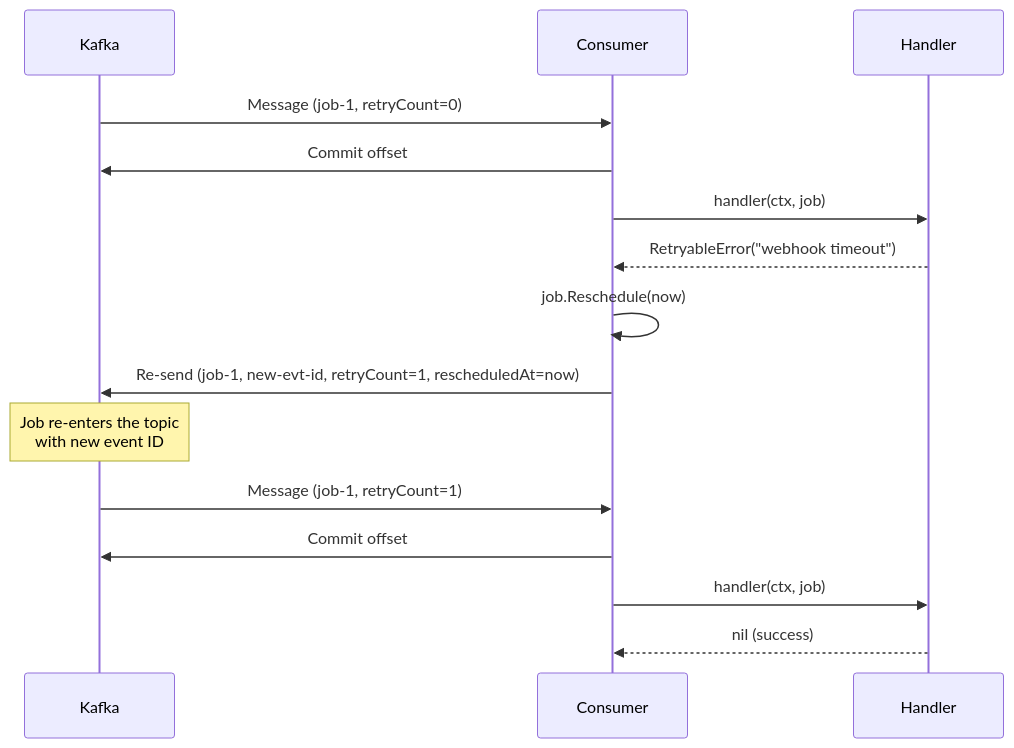
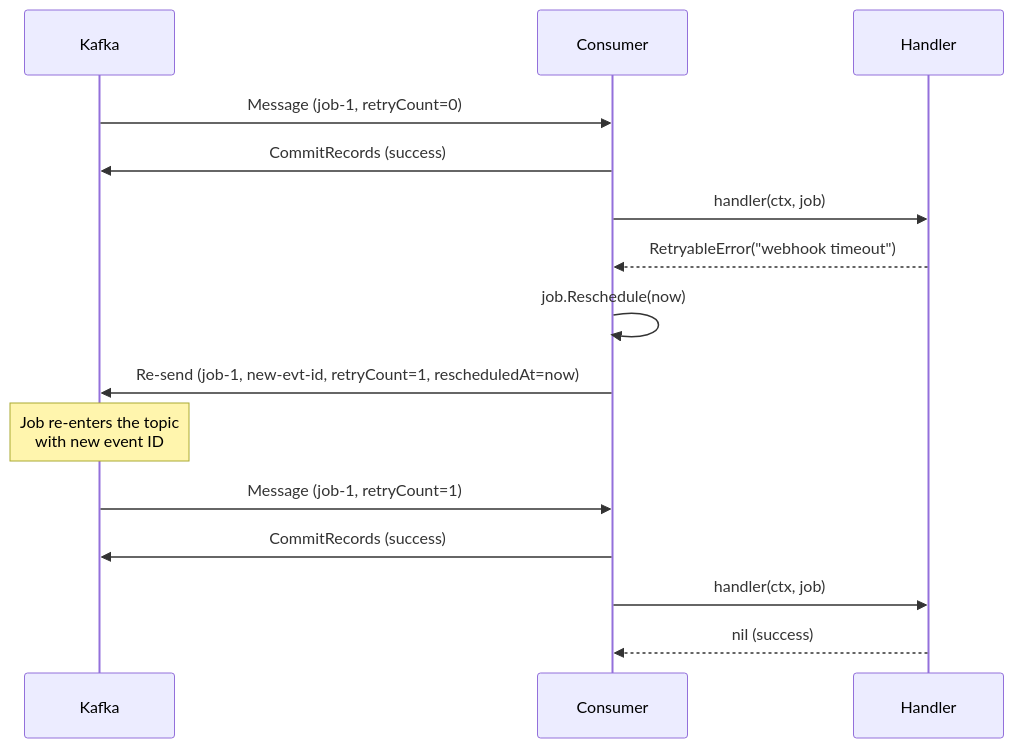
One commit to matmazurk/oidc-keepie changed the fifth of 11 diagrams in kafka/README.md. Above: the diagram before and after it, drawn with Mermaid. The commit also changed other lines of this file, not shown here.

Commit message:
update kafka readme

````diff
--- a/kafka/README.md
+++ b/kafka/README.md
@@ -136,19 +159,19 @@
 ```mermaid
 sequenceDiagram
     participant Kafka
     participant Consumer
     participant Handler
 
     Kafka->>Consumer: Message (job-1, retryCount=0)
-    Consumer->>Kafka: Commit offset
+    Consumer->>Kafka: CommitRecords (success)
     Consumer->>Handler: handler(ctx, job)
     Handler-->>Consumer: RetryableError("webhook timeout")
     Consumer->>Consumer: job.Reschedule(now)
     Consumer->>Kafka: Re-send (job-1, new-evt-id, retryCount=1, rescheduledAt=now)
     Note over Kafka: Job re-enters the topic<br/>with new event ID
 
     Kafka->>Consumer: Message (job-1, retryCount=1)
-    Consumer->>Kafka: Commit offset
+    Consumer->>Kafka: CommitRecords (success)
     Consumer->>Handler: handler(ctx, job)
     Handler-->>Consumer: nil (success)
 ```
````
